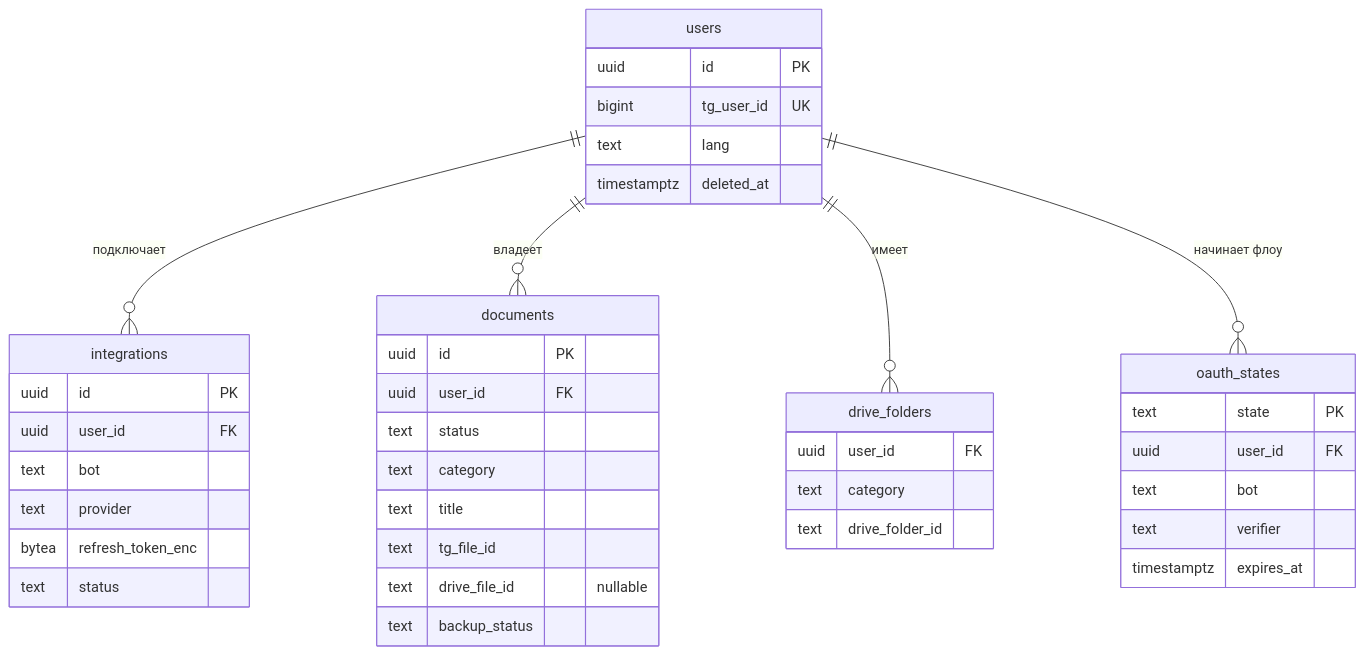
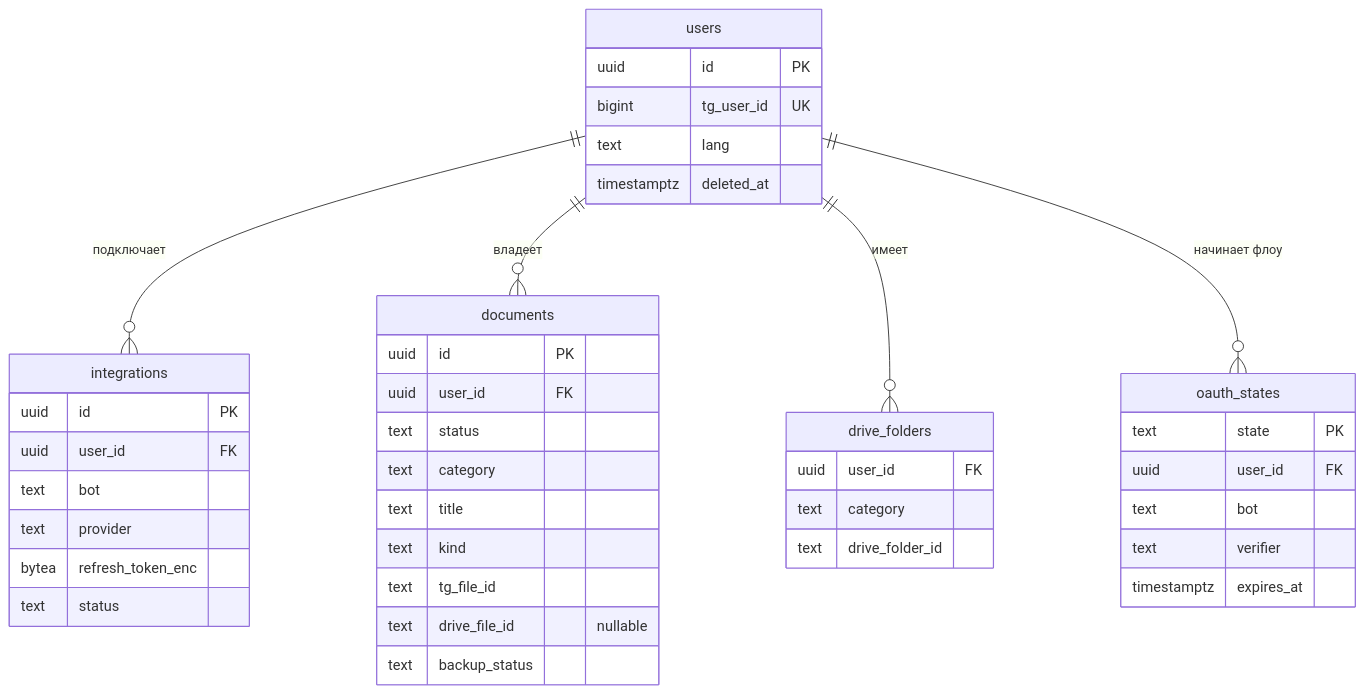
One commit to alexe0110/most-app changed the diagram in docs/model.md. Above: the diagram before and after it, drawn with Mermaid. The commit also changed other lines of this file and 4 other files, not shown here.

First line of the commit message:
feat: documents schema — kind and backup_status (#10)

````diff
--- a/docs/model.md
+++ b/docs/model.md
@@ -24,44 +24,45 @@
 ```mermaid
 erDiagram
     users ||--o{ integrations : "подключает"
     users ||--o{ documents : "владеет"
     users ||--o{ drive_folders : "имеет"
     users ||--o{ oauth_states : "начинает флоу"
 
     users {
         uuid id PK
         bigint tg_user_id UK
         text lang
         timestamptz deleted_at
     }
     integrations {
         uuid id PK
         uuid user_id FK
         text bot
         text provider
         bytea refresh_token_enc
         text status
     }
     oauth_states {
         text state PK
         uuid user_id FK
         text bot
         text verifier
         timestamptz expires_at
     }
     documents {
         uuid id PK
         uuid user_id FK
         text status
         text category
         text title
+        text kind
         text tg_file_id
         text drive_file_id "nullable"
         text backup_status
     }
     drive_folders {
         uuid user_id FK
         text category
         text drive_folder_id
     }
 ```
````
